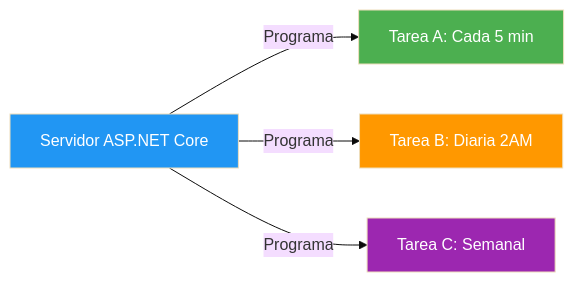
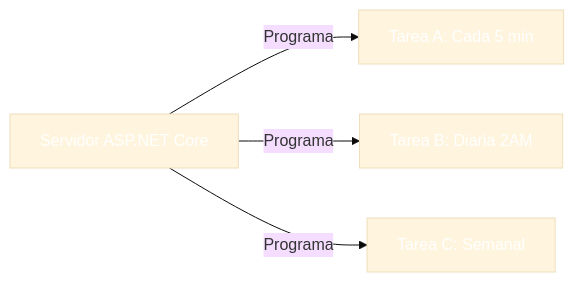
The first of 4 diagrams in 22-tareas-programadas.md (joseluisgs/DesarrolloWebEntornosServidor-02-2026-2027), drawn with Mermaid (base theme) before and after one commit. The commit also changed other lines of this file and 41 other files, not shown here.

````diff
--- a/22-tareas-programadas.md
+++ b/22-tareas-programadas.md
@@ -57,10 +57,10 @@
 ```mermaid
 flowchart LR
     A["Servidor ASP.NET Core"] -->|Programa| B["Tarea A: Cada 5 min"]
     A -->|Programa| C["Tarea B: Diaria 2AM"]
     A -->|Programa| D["Tarea C: Semanal"]
-    style A fill:#2196F3,color:#fff
-    style B fill:#4CAF50,color:#fff
-    style C fill:#FF9800,color:#fff
-    style D fill:#9C27B0,color:#fff
+    style A fill:#2196F,color:#fff3,color:#fff
+    style B fill:#4CAF5,color:#fff0,color:#fff
+    style C fill:#FF980,color:#fff0,color:#fff
+    style D fill:#9C27B,color:#fff0,color:#fff
 ```
````
